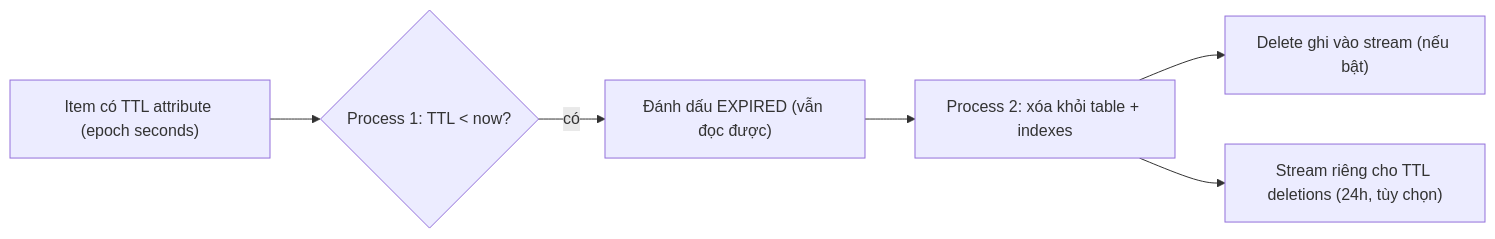
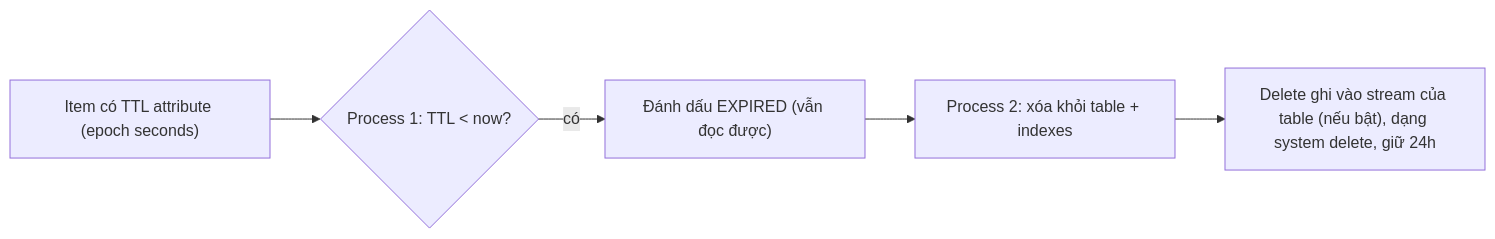
One commit to hairbui76/aws-saa-c03 changed the diagram in data/20 NoSQL and Analytics/DynamoDB TTL.md. Above: the diagram before and after it, drawn with Mermaid. The commit also changed other lines of this file and 74 other files, not shown here.

````diff
--- a/data/20 NoSQL and Analytics/DynamoDB TTL.md
+++ b/data/20 NoSQL and Analytics/DynamoDB TTL.md
@@ -25,8 +26,7 @@
 ```mermaid
 flowchart LR
     A["Item có TTL attribute (epoch seconds)"] --> P1{"Process 1: TTL < now?"}
     P1 -->|có| E["Đánh dấu EXPIRED (vẫn đọc được)"]
     E --> P2["Process 2: xóa khỏi table + indexes"]
-    P2 --> S["Delete ghi vào stream (nếu bật)"]
-    P2 --> T["Stream riêng cho TTL deletions (24h, tùy chọn)"]
+    P2 --> S["Delete ghi vào stream của table (nếu bật), dạng system delete, giữ 24h"]
 ```
````
